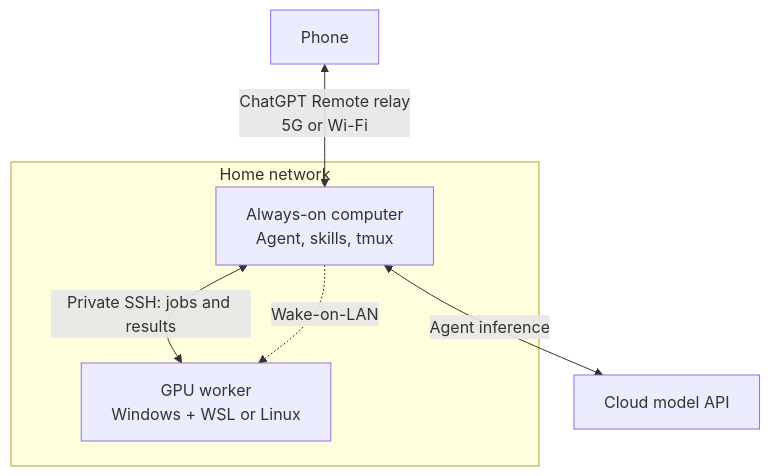
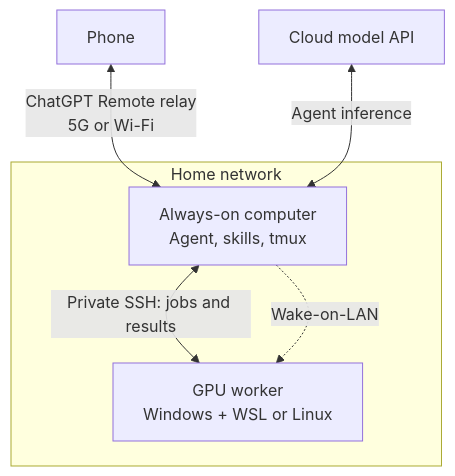
Before and after one commit to cgnorthcutt/run-agents-while-trail-running: the diagram in README.md, drawn with Mermaid.

Commit message:
Keep the architecture labels clear of diagram controls

````diff
--- a/README.md
+++ b/README.md
@@ -11,13 +11,13 @@
 ```mermaid
 flowchart TD
   phone[Phone]
   subgraph home[Home network]
     coordinator["Always-on computer<br/>Agent, skills, tmux"]
     worker["GPU worker<br/>Windows + WSL or Linux"]
     coordinator <-->|"Private SSH: jobs and results"| worker
     coordinator -.->|Wake-on-LAN| worker
   end
   phone <-->|"ChatGPT Remote relay<br/>5G or Wi-Fi"| coordinator
   api[Cloud model API]
-  coordinator <-->|Agent inference| api
+  api <-->|Agent inference| coordinator
 ```
````
